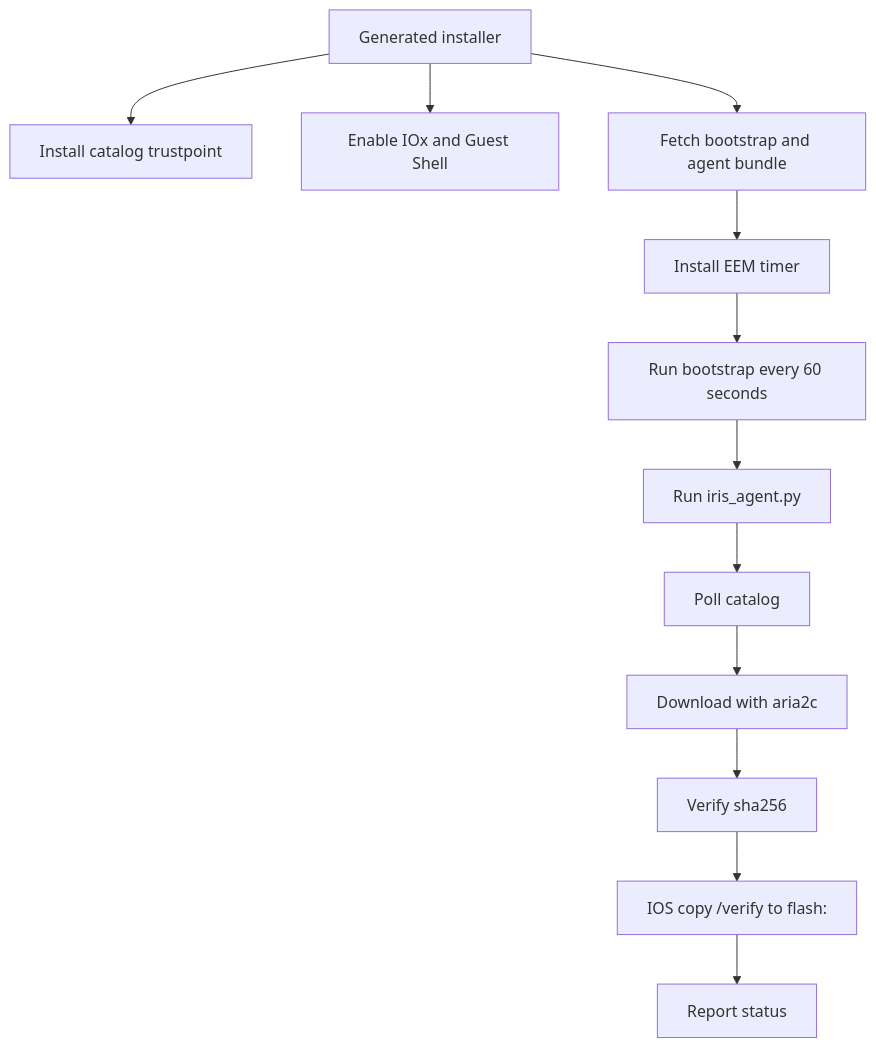
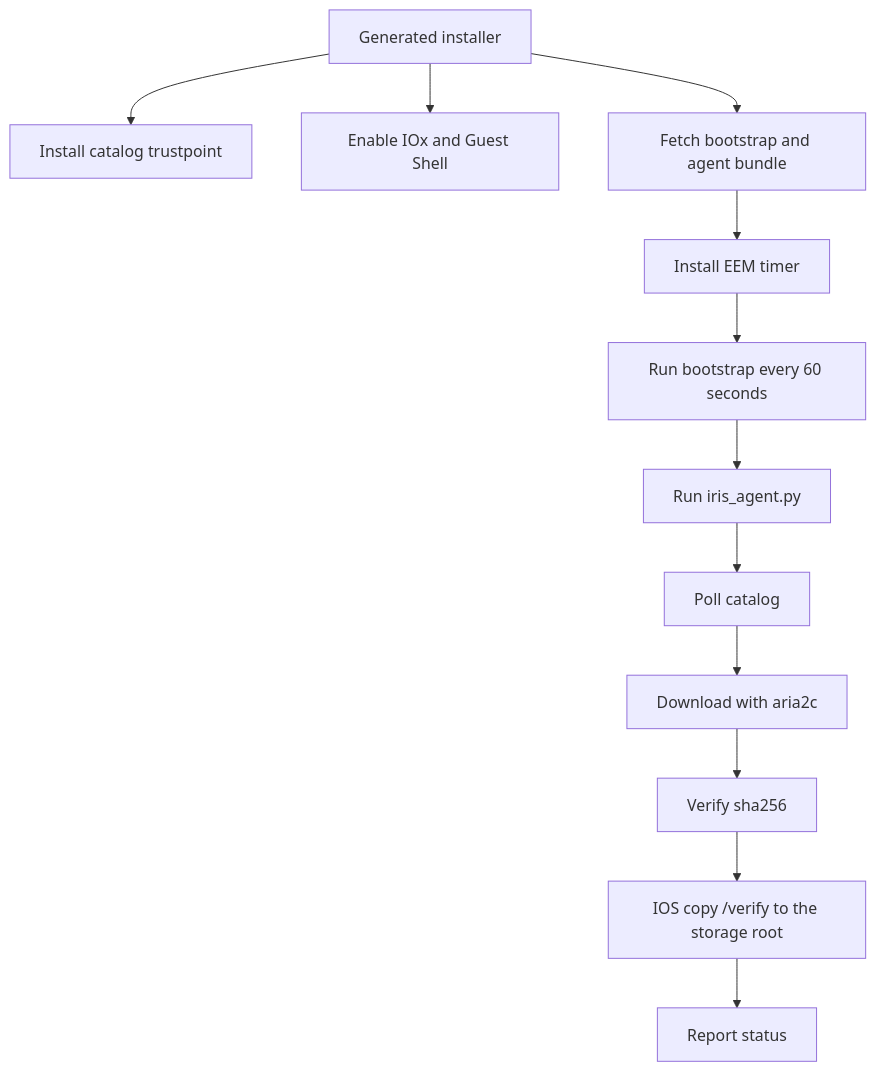
One commit to cisco-open/intelligent-release-image-staging changed the diagram in docs/zensical/device-agents.md. Above: the diagram before and after it, drawn with Mermaid. The commit also changed other lines of this file and 18 other files, not shown here.

````diff
--- a/docs/zensical/device-agents.md
+++ b/docs/zensical/device-agents.md
@@ -27,14 +27,14 @@
 ```mermaid
 flowchart TB
     Install["Generated installer"] --> PKI["Install catalog trustpoint"]
     Install --> IOx["Enable IOx and Guest Shell"]
     Install --> Fetch["Fetch bootstrap and agent bundle"]
     Fetch --> EEM["Install EEM timer"]
     EEM --> Bootstrap["Run bootstrap every 60 seconds"]
     Bootstrap --> Agent["Run iris_agent.py"]
     Agent --> Poll["Poll catalog"]
     Poll --> Download["Download with aria2c"]
     Download --> Hash["Verify sha256"]
-    Hash --> Copy["IOS copy /verify to flash:"]
+    Hash --> Copy["IOS copy /verify to the storage root"]
     Copy --> Report["Report status"]
 ```
````
